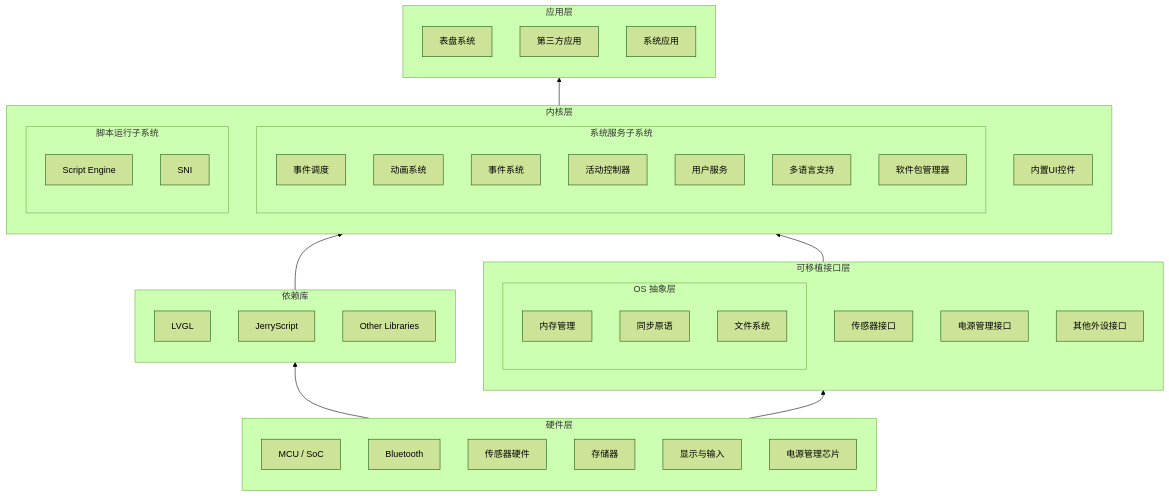
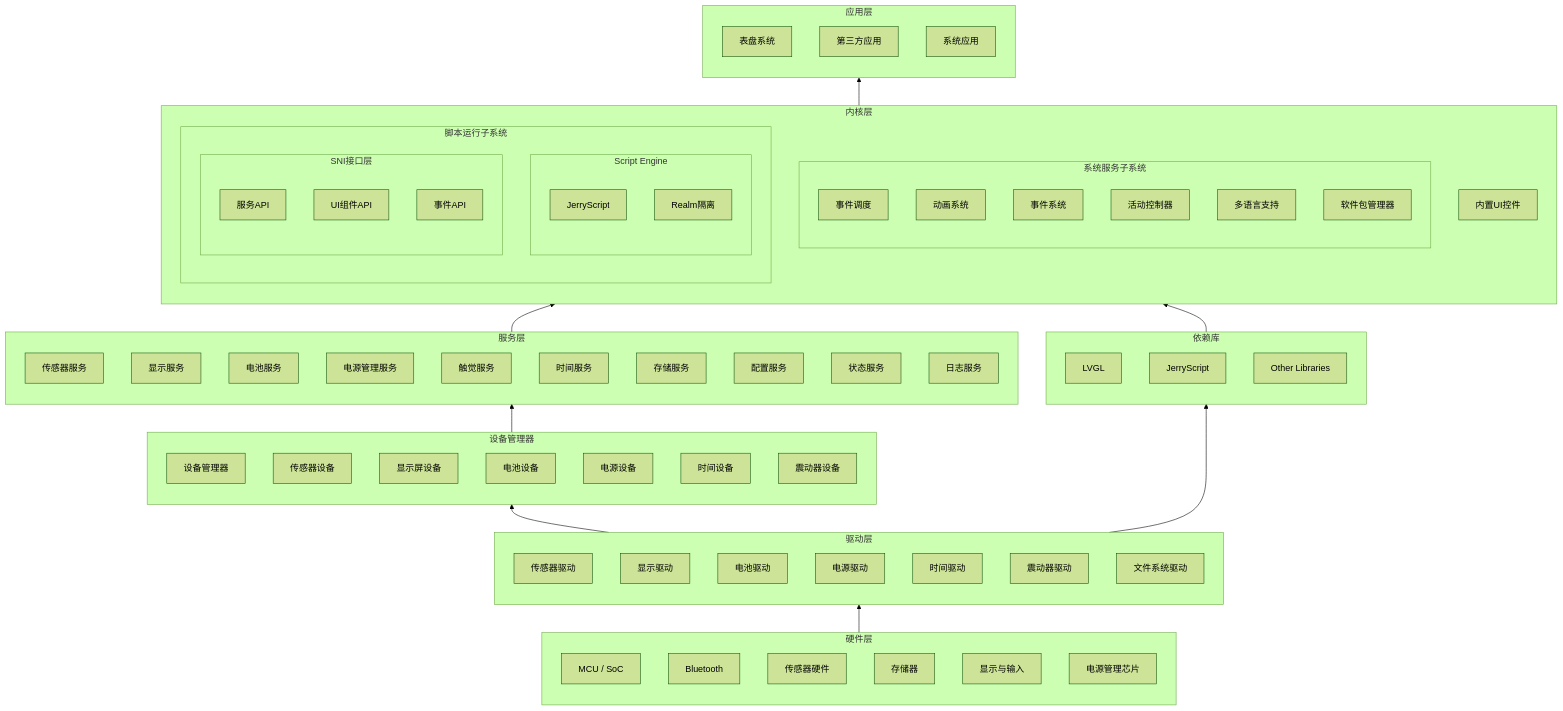
The first of 4 diagrams in docs/architecture/arch.mdx (fossabot/ElenixOS-Docs), drawn with Mermaid (forest theme) before and after one commit. The commit also changed other lines of this file and 92 other files, not shown here.

````diff
--- a/docs/architecture/arch.mdx
+++ b/docs/architecture/arch.mdx
@@ -23,20 +23,52 @@
             ANIM["动画系统"]
             EVENT["事件系统"]
             ACTIVITY["活动控制器"]
-            SERVICES["用户服务"]
             LANG["多语言支持"]
             PKG["软件包管理器"]
         end
 
         subgraph R2["脚本运行子系统"]
             direction BT
-            SE["Script Engine"]
-            SNI["SNI"]
+            subgraph SE["Script Engine"]
+                direction BT
+                JERRY["JerryScript"]
+                REALM["Realm隔离"]
+            end
+            subgraph SNI["SNI接口层"]
+                direction BT
+                SNI_SERVICE["服务API"]
+                SNI_UI["UI组件API"]
+                SNI_EVENT["事件API"]
+            end
         end
 
         UI["内置UI控件"]
     end
 
+    subgraph L3["服务层"]
+        direction BT
+        SENSOR_SERVICE["传感器服务"]
+        DISPLAY_SERVICE["显示服务"]
+        BATTERY_SERVICE["电池服务"]
+        PM_SERVICE["电源管理服务"]
+        HAPTIC_SERVICE["触觉服务"]
+        TIME_SERVICE["时间服务"]
+        STORAGE_SERVICE["存储服务"]
+        CONFIG_SERVICE["配置服务"]
+        STATE_SERVICE["状态服务"]
+        LOG_SERVICE["日志服务"]
+    end
+
+    subgraph L4["设备管理器"]
+        direction BT
+        DEV_MGR["设备管理器"]
+        SENSOR_DEV["传感器设备"]
+        DISPLAY_DEV["显示屏设备"]
+        BATTERY_DEV["电池设备"]
+        POWER_DEV["电源设备"]
+        TIME_DEV["时间设备"]
+        VIBRATOR_DEV["震动器设备"]
+    end
 
     subgraph THIRD_PARTY["依赖库"]
         direction BT
@@ -45,24 +77,18 @@
         OtherSW["Other Libraries"]
     end
 
-
-    subgraph L3["可移植接口层"]
+    subgraph L5["驱动层"]
         direction BT
-
-        subgraph OSABS["OS 抽象层"]
-            direction BT
-            MEM["内存管理"]
-            SEM["同步原语"]
-            FS["文件系统"]
-        end
-
-        SENSOR["传感器接口"]
-        POWER["电源管理接口"]
-        OTHERDEVICES["其他外设接口"]
+        SENSOR_DRIVER["传感器驱动"]
+        DISPLAY_DRIVER["显示驱动"]
+        BATTERY_DRIVER["电池驱动"]
+        POWER_DRIVER["电源驱动"]
+        TIME_DRIVER["时间驱动"]
+        VIBRATOR_DRIVER["震动器驱动"]
+        FS_DRIVER["文件系统驱动"]
     end
 
-
-    subgraph L4["硬件层"]
+    subgraph L6["硬件层"]
         direction BT
         MCU["MCU / SoC"]
         BLUETOOTH["Bluetooth"]
@@ -72,11 +98,11 @@
         PMIC["电源管理芯片"]
     end
 
-
+    L6 --> L5
+    L5 --> L4
     L4 --> L3
-    L4 --> THIRD_PARTY
-    THIRD_PARTY --> L2
     L3 --> L2
     L2 --> L1
-
+    THIRD_PARTY --> L2
+    L5 --> THIRD_PARTY
 ```
````
